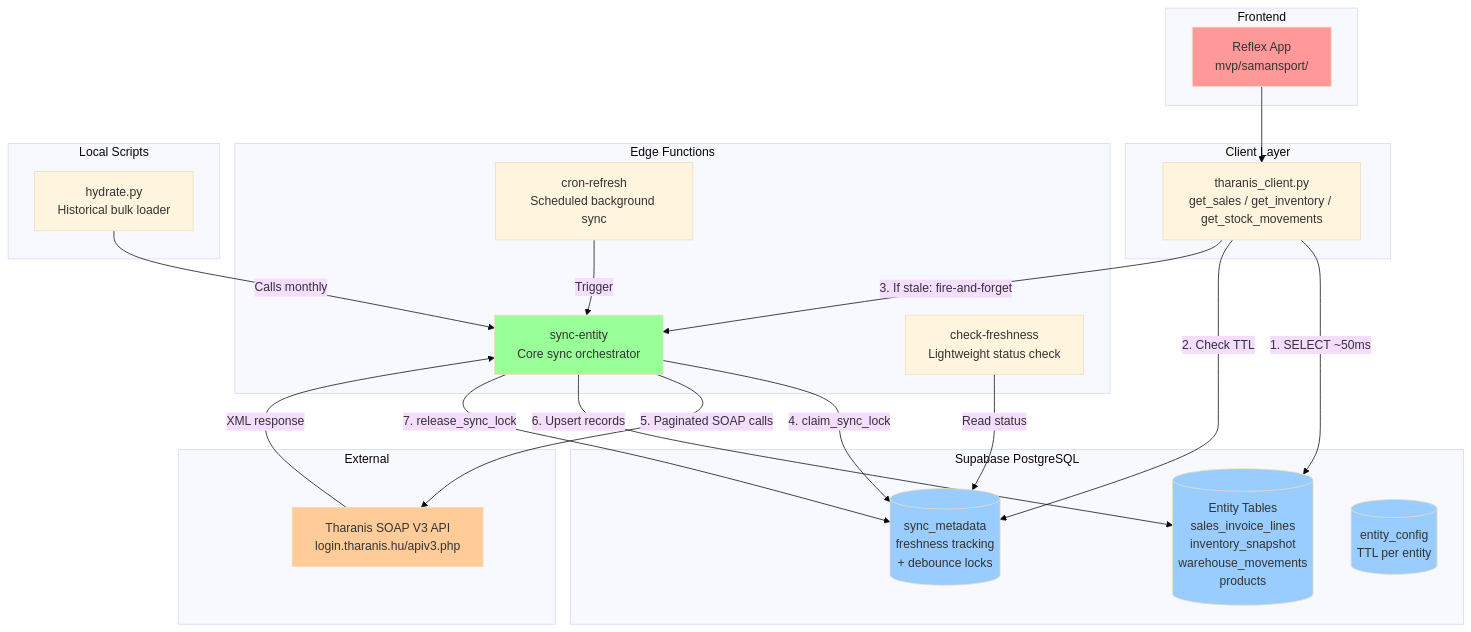
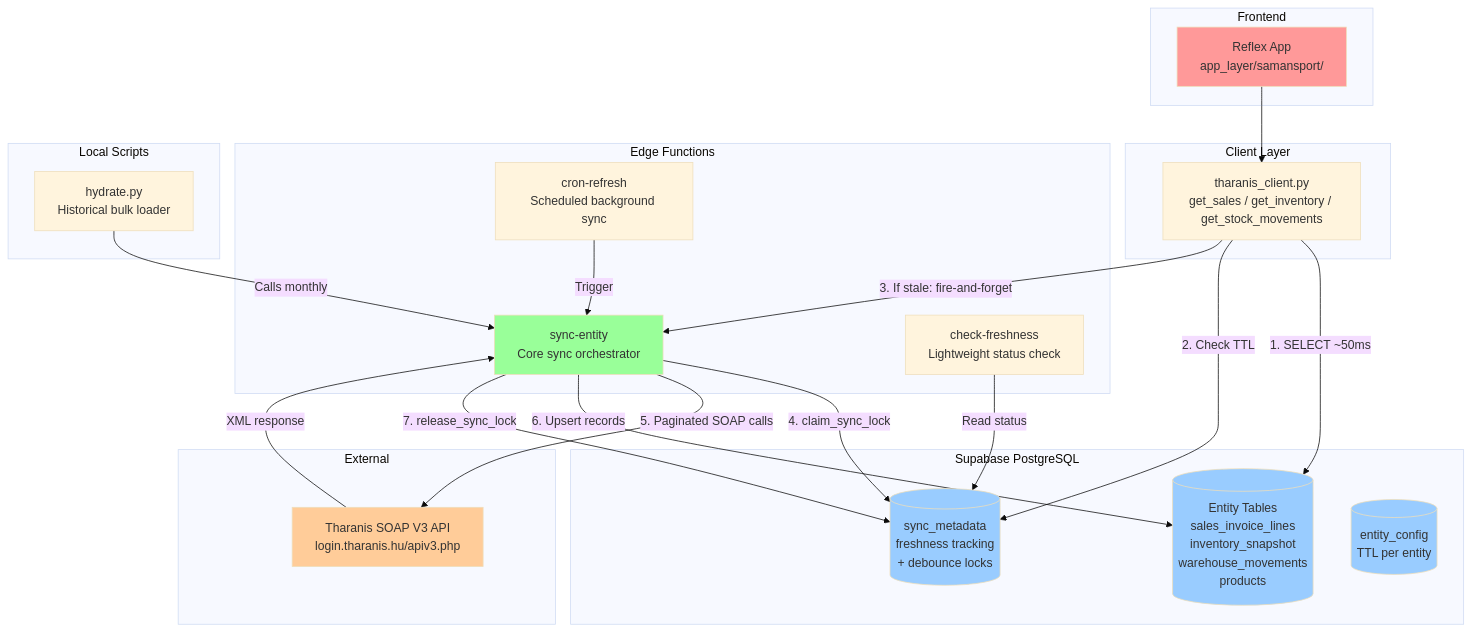
Before and after one commit to szucszoltan87/samansport-erp-dashboard: the first of 2 diagrams in docs/BACKEND_ARCHITECTURE.md, drawn with Mermaid (base theme). The commit also changed other lines of this file and 5 other files, not shown here.

Commit message:
app layer changes

````diff
--- a/docs/BACKEND_ARCHITECTURE.md
+++ b/docs/BACKEND_ARCHITECTURE.md
@@ -5,50 +5,50 @@
 ```mermaid
 flowchart TD
     subgraph Frontend
-        A[Reflex App<br>mvp/samansport/]
+        A[Reflex App<br>app_layer/samansport/]
     end
 
     subgraph Client Layer
         B[tharanis_client.py<br>get_sales / get_inventory / get_stock_movements]
     end
 
     subgraph Supabase PostgreSQL
         D[(Entity Tables<br>sales_invoice_lines<br>inventory_snapshot<br>warehouse_movements<br>products)]
         E[(sync_metadata<br>freshness tracking<br>+ debounce locks)]
         F[(entity_config<br>TTL per entity)]
     end
 
     subgraph Edge Functions
         G[sync-entity<br>Core sync orchestrator]
         H[check-freshness<br>Lightweight status check]
         I[cron-refresh<br>Scheduled background sync]
     end
 
     subgraph External
         J[Tharanis SOAP V3 API<br>login.tharanis.hu/apiv3.php]
     end
 
     subgraph Local Scripts
         K[hydrate.py<br>Historical bulk loader]
     end
 
     A --> B
     B -- 1. SELECT ~50ms --> D
     B -- 2. Check TTL --> E
     B -- 3. If stale: fire-and-forget --> G
     G -- 4. claim_sync_lock --> E
     G -- 5. Paginated SOAP calls --> J
     J -- XML response --> G
     G -- 6. Upsert records --> D
     G -- 7. release_sync_lock --> E
     H -- Read status --> E
     I -- Trigger --> G
     K -- Calls monthly --> G
 
     style A fill:#ff9999
     style D fill:#99ccff
     style E fill:#99ccff
     style F fill:#99ccff
     style G fill:#99ff99
     style J fill:#ffcc99
 ```
````
